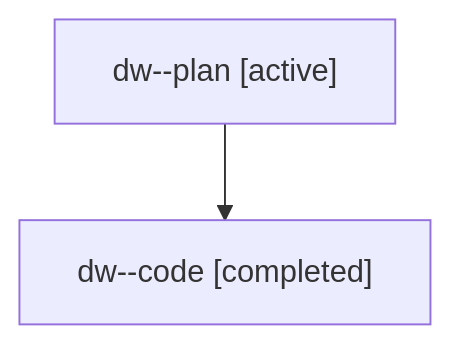
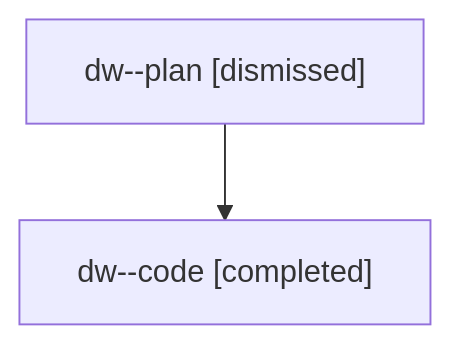
One commit to sase-org/sase--agents changed the diagram in sessions/bbugyi200.athena.dw.md. Above: the diagram before and after it, drawn with Mermaid. The commit also changed other lines of this file and 33 other files, not shown here.

````diff
--- a/sessions/bbugyi200.athena.dw.md
+++ b/sessions/bbugyi200.athena.dw.md
@@ -9,6 +9,6 @@
 ```mermaid
 flowchart TD
-  n0["dw--plan [active]"]
+  n0["dw--plan [dismissed]"]
   n1["dw--code [completed]"]
   n0 --> n1
 ```
````
